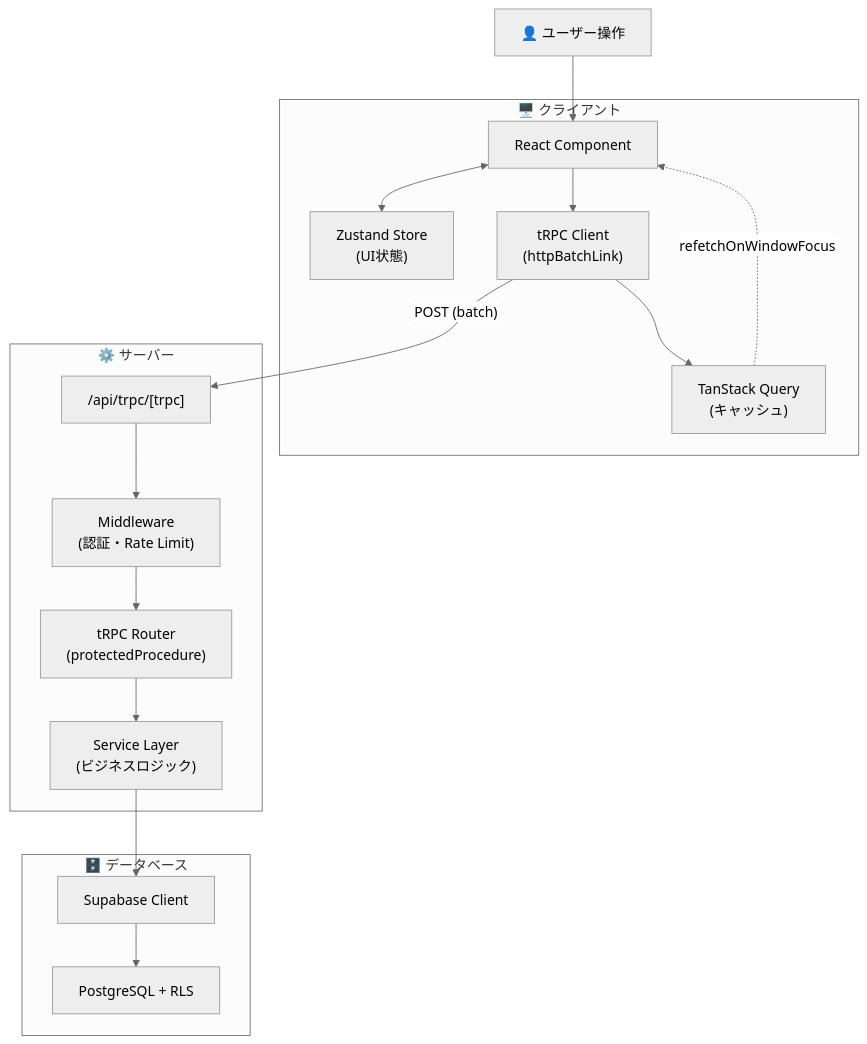
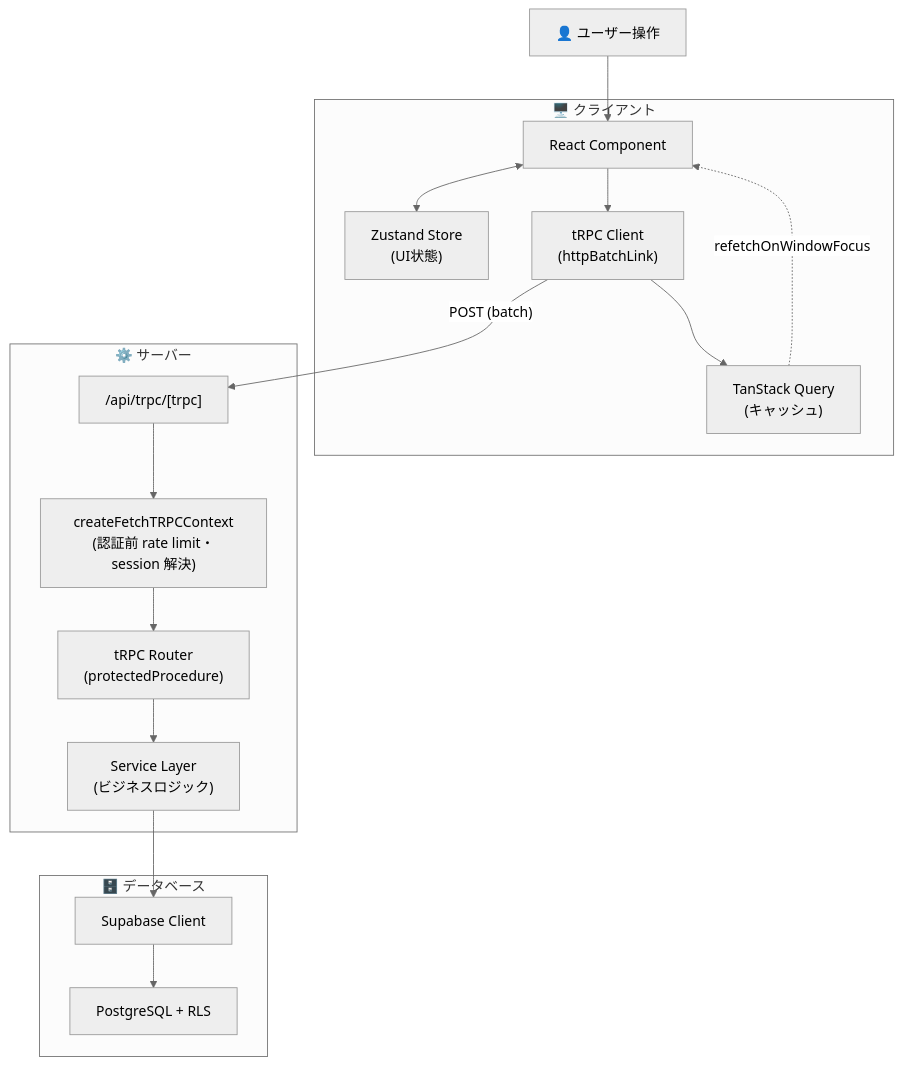
The first of 6 diagrams in docs/engineering/architecture.md (Dayopt/dayopt), drawn with Mermaid (neutral theme) before and after one commit. The commit also changed other lines of this file and 4 other files, not shown here.

````diff
--- a/docs/engineering/architecture.md
+++ b/docs/engineering/architecture.md
@@ -65,35 +65,35 @@
 ```mermaid
 graph TD
 User["👤 ユーザー操作"]
 
     subgraph Client["🖥️ クライアント"]
         RC["React Component"]
         ZS["Zustand Store<br/>(UI状態)"]
         TQ["TanStack Query<br/>(キャッシュ)"]
         TRPC_C["tRPC Client<br/>(httpBatchLink)"]
     end
 
     subgraph Server["⚙️ サーバー"]
         API["/api/trpc/[trpc]"]
-        MW["Middleware<br/>(認証・Rate Limit)"]
+        MW["createFetchTRPCContext<br/>(認証前 rate limit・session 解決)"]
         TRPC_R["tRPC Router<br/>(protectedProcedure)"]
         SVC["Service Layer<br/>(ビジネスロジック)"]
     end
 
     subgraph DB["🗄️ データベース"]
         SB["Supabase Client"]
         PG["PostgreSQL + RLS"]
     end
 
     User --> RC
     RC <--> ZS
     RC --> TRPC_C
     TRPC_C --> TQ
     TRPC_C -->|"POST (batch)"| API
     API --> MW
     MW --> TRPC_R
     TRPC_R --> SVC
     SVC --> SB
     SB --> PG
     TQ -.->|"refetchOnWindowFocus"| RC
 ```
````
